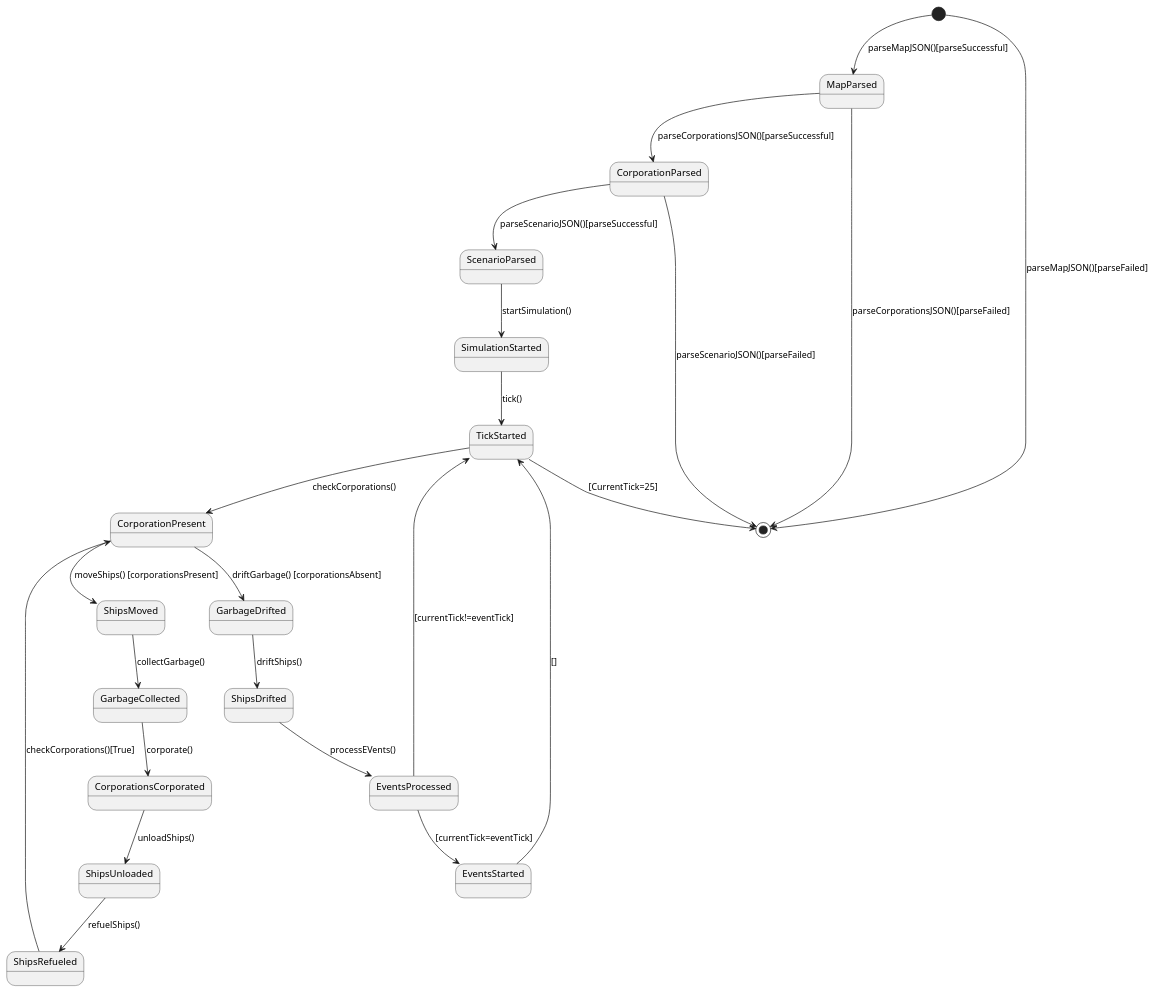
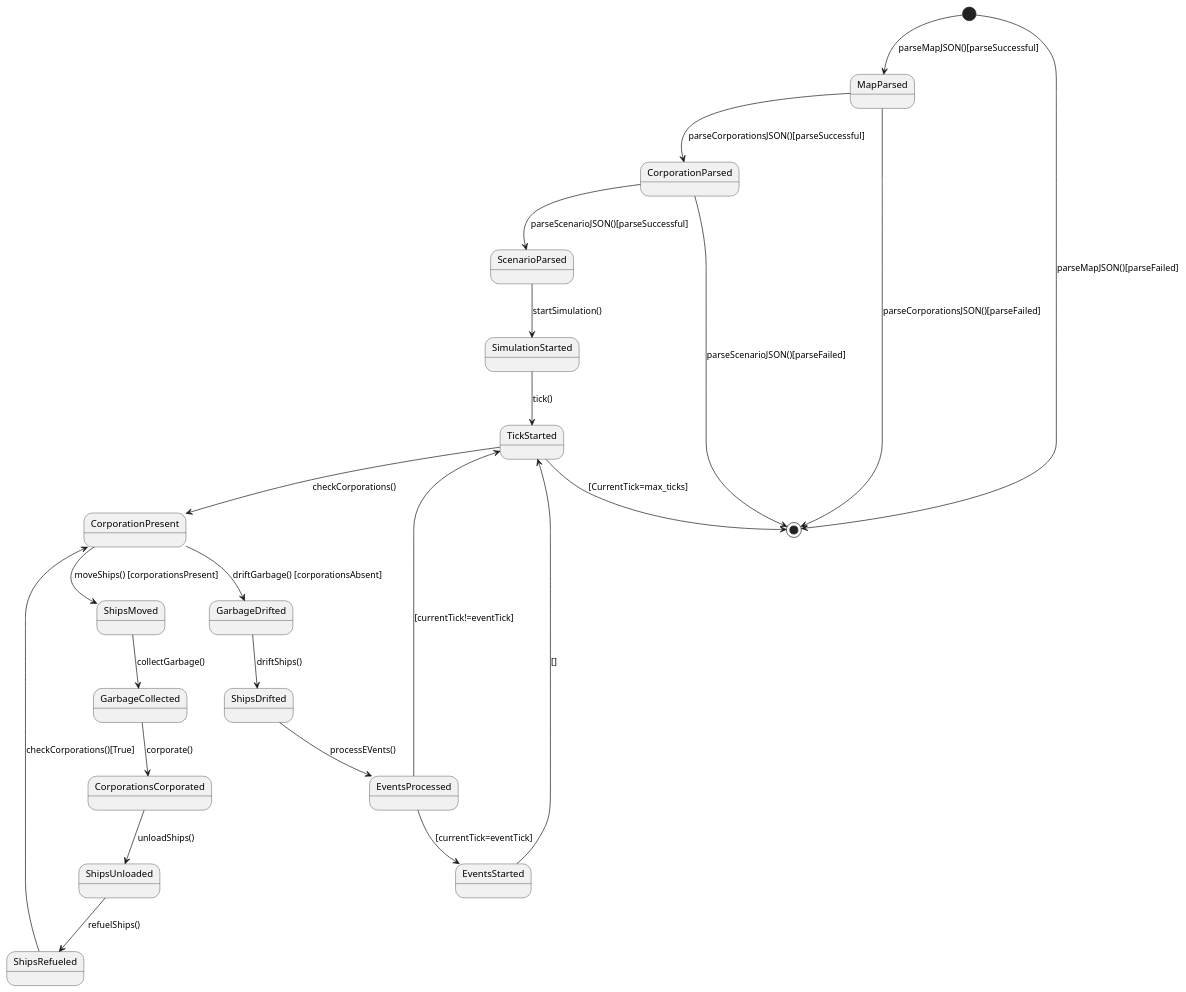
Before and after one commit to Atharvakore/Save-The-Saardines: the diagram in StateDiagram.puml, drawn with PlantUML.

Commit message:
change ticks state diagram

```diff
--- a/StateDiagram.puml
+++ b/StateDiagram.puml
@@ -1,31 +1,31 @@
 @startuml
 
 [*] --> MapParsed : parseMapJSON()[parseSuccessful]
 [*] --> [*] : parseMapJSON()[parseFailed]
 
 MapParsed --> CorporationParsed : parseCorporationsJSON()[parseSuccessful]
 MapParsed --> [*] : parseCorporationsJSON()[parseFailed]
 
 CorporationParsed --> ScenarioParsed : parseScenarioJSON()[parseSuccessful]
 CorporationParsed --> [*] : parseScenarioJSON()[parseFailed]
 
 ScenarioParsed --> SimulationStarted : startSimulation()
 
 SimulationStarted --> TickStarted : tick()
 
 TickStarted --> CorporationPresent : checkCorporations()
 CorporationPresent --> ShipsMoved : moveShips() [corporationsPresent]
 ShipsMoved --> GarbageCollected : collectGarbage()
 GarbageCollected --> CorporationsCorporated : corporate()
 CorporationsCorporated --> ShipsUnloaded : unloadShips()
 ShipsUnloaded --> ShipsRefueled : refuelShips()
 ShipsRefueled --> CorporationPresent : checkCorporations()[True]
 CorporationPresent --> GarbageDrifted : driftGarbage() [corporationsAbsent]
 GarbageDrifted --> ShipsDrifted : driftShips()
 ShipsDrifted --> EventsProcessed : processEVents()
 EventsProcessed --> TickStarted : [currentTick!=eventTick]
 EventsProcessed --> EventsStarted : [currentTick=eventTick]
 EventsStarted --> TickStarted : []
-TickStarted --> [*] : [CurrentTick=25]
+TickStarted --> [*] : [CurrentTick=max_ticks]
 
 @enduml
```
